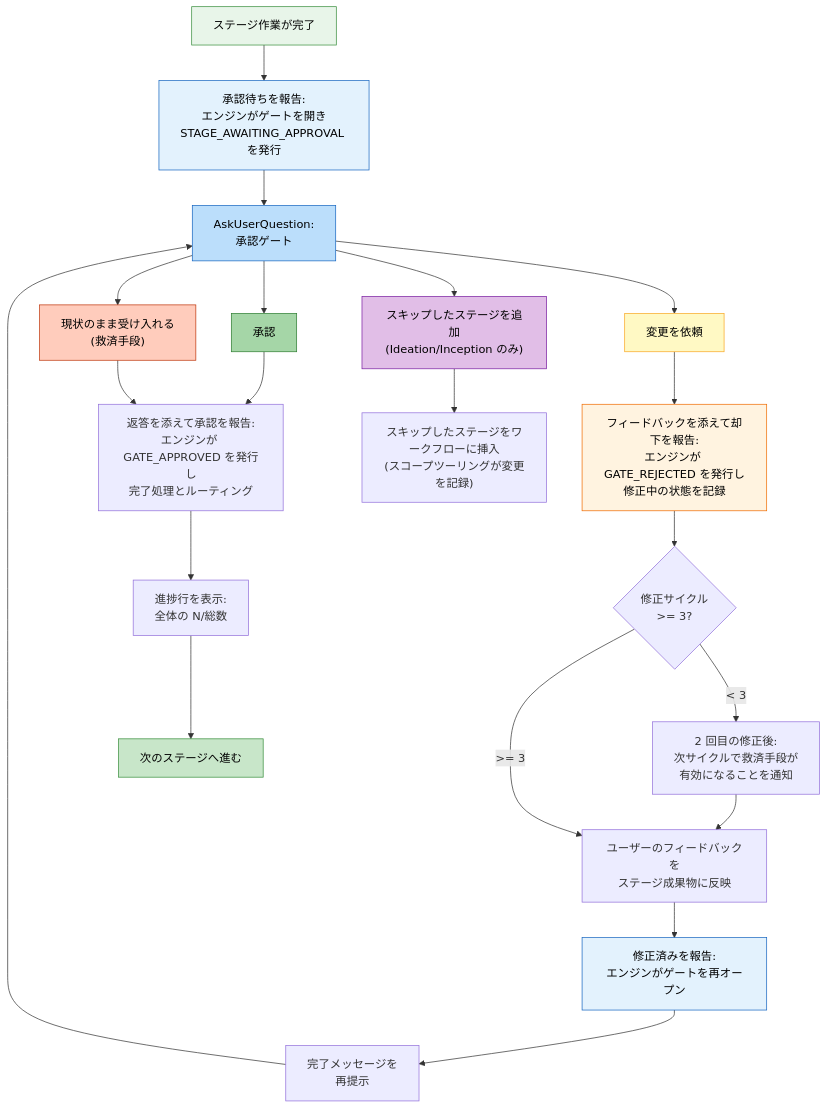
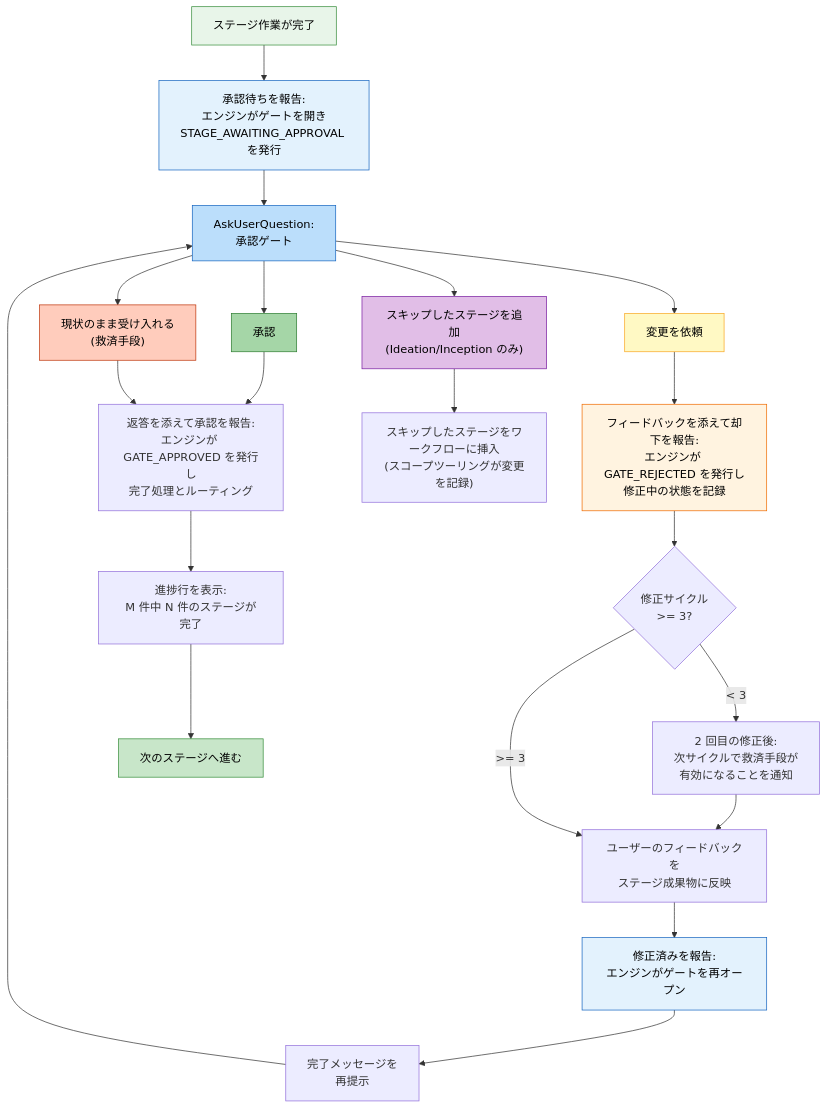
One commit to otomatty/aidlc-guide changed the diagram in docs/guide/ja/07-interaction-modes.md. Above: the diagram before and after it, drawn with Mermaid. The commit also changed other lines of this file and 740 other files, not shown here.

````diff
--- a/docs/guide/ja/07-interaction-modes.md
+++ b/docs/guide/ja/07-interaction-modes.md
@@ -100,51 +115,51 @@
 ```mermaid
 flowchart TD
     COMPLETE["ステージ作業が完了"]
     REPORT_AWAITING["承認待ちを報告:\nエンジンがゲートを開き\nSTAGE_AWAITING_APPROVAL を発行"]
     ASK["AskUserQuestion:\n承認ゲート"]
 
     APPROVE["承認"]
     CHANGES["変更を依頼"]
     ACCEPT["現状のまま受け入れる\n(救済手段)"]
     ADD_STAGE["スキップしたステージを追加\n(Ideation/Inception のみ)"]
 
     REVISION_COUNT{"修正サイクル\n>= 3?"}
     NOTE_2ND["2 回目の修正後:\n次サイクルで救済手段が\n有効になることを通知"]
 
     REPORT_APPROVED["返答を添えて承認を報告:\nエンジンが GATE_APPROVED を発行し\n完了処理とルーティング"]
     REPORT_REJECTED["フィードバックを添えて却下を報告:\nエンジンが GATE_REJECTED を発行し\n修正中の状態を記録"]
     REPORT_REVISED["修正済みを報告:\nエンジンがゲートを再オープン"]
-    PROGRESS["進捗行を表示:\n全体の N/総数"]
+    PROGRESS["進捗行を表示:\nM 件中 N 件のステージが完了"]
     NEXT_STAGE["次のステージへ進む"]
 
     REVISE["ユーザーのフィードバックを\nステージ成果物に反映"]
     RE_PRESENT["完了メッセージを\n再提示"]
 
     ADD_EXEC["スキップしたステージをワークフローに挿入\n(スコープツーリングが変更を記録)"]
 
     COMPLETE --> REPORT_AWAITING --> ASK
     ASK --> APPROVE
     ASK --> CHANGES
     ASK --> ACCEPT
     ASK --> ADD_STAGE
 
     APPROVE --> REPORT_APPROVED --> PROGRESS --> NEXT_STAGE
     ACCEPT --> REPORT_APPROVED
 
     CHANGES --> REPORT_REJECTED --> REVISION_COUNT
     REVISION_COUNT -->|"< 3"| NOTE_2ND --> REVISE --> REPORT_REVISED --> RE_PRESENT --> ASK
     REVISION_COUNT -->|">= 3"| REVISE
 
     ADD_STAGE --> ADD_EXEC
 
     style COMPLETE fill:#e8f5e9,stroke:#388e3c,color:#000
     style REPORT_AWAITING fill:#e3f2fd,stroke:#1565c0,color:#000
     style ASK fill:#bbdefb,stroke:#1565c0,color:#000
     style APPROVE fill:#a5d6a7,stroke:#2e7d32,color:#000
     style CHANGES fill:#fff9c4,stroke:#f9a825,color:#000
     style REPORT_REJECTED fill:#fff3e0,stroke:#ef6c00,color:#000
     style REPORT_REVISED fill:#e3f2fd,stroke:#1565c0,color:#000
     style ACCEPT fill:#ffccbc,stroke:#bf360c,color:#000
     style ADD_STAGE fill:#e1bee7,stroke:#7b1fa2,color:#000
     style NEXT_STAGE fill:#c8e6c9,stroke:#388e3c,color:#000
 ```
````
